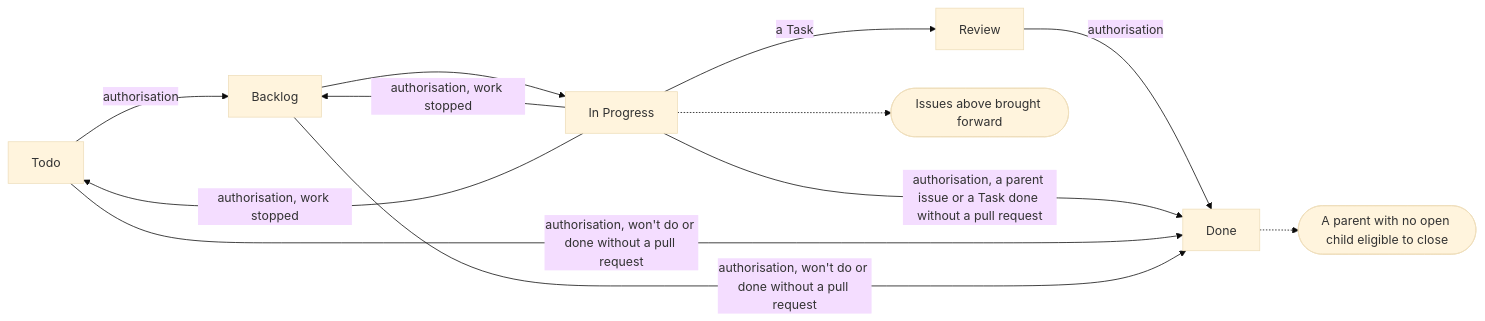
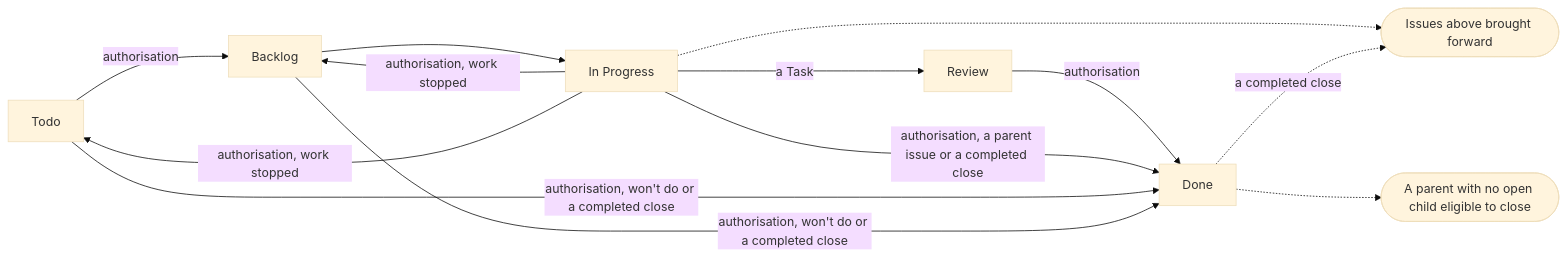
The second of 3 diagrams in tech-docs/analysis/project-management/domain-model/030-the-issue-lifecycle.md (aleskalfas/project-kit), drawn with Mermaid (base theme) before and after one commit. The commit also changed other lines of this file and 1 other file, not shown here.

Commit message:
docs(analysis): the issue lifecycle's view and UC-061 carry the completed close's cascade
The issue lifecycle's view names the new close "a completed close"
throughout, defines it where the authorisation is described, and says a
completed close brings each issue above up to In Progress, as a won't-do
close does not. UC-061's variant 1h runs the cascade as in step 5.

Claude-Session: https://claude.ai/code/session_01Hv5eJmkUrhSLsS8iGmUprd

````diff
--- a/tech-docs/analysis/project-management/domain-model/030-the-issue-lifecycle.md
+++ b/tech-docs/analysis/project-management/domain-model/030-the-issue-lifecycle.md
@@ -61,16 +61,17 @@
 ```mermaid
 flowchart LR
   accTitle: How an issue moves through its lifecycle
-  accDescr: An authorisation takes an issue from Todo to Backlog. It then moves to In Progress, and a Task to Review. An authorisation takes it back from In Progress to Backlog or Todo once its work stopped. An authorisation takes it to Done, and closing as won't do, or as a Task done without a pull request, also needs one. A forward move brings the issues above forward, and a parent with no open child becomes eligible to close.
+  accDescr: An authorisation takes an issue from Todo to Backlog. It then moves to In Progress, and a Task to Review. An authorisation takes it back from In Progress to Backlog or Todo once its work stopped. An authorisation takes it to Done, and a won't-do close or a completed close also needs one. A forward move, or a completed close, brings the issues above forward. A parent with no open child becomes eligible to close.
   todo[Todo] -->|authorisation| backlog[Backlog]
   backlog --> inprogress[In Progress]
   inprogress -->|authorisation, work stopped| backlog
   inprogress -->|authorisation, work stopped| todo
   inprogress -->|a Task| review[Review]
   review -->|authorisation| done[Done]
-  inprogress -->|authorisation, a parent issue or a Task done without a pull request| done
-  todo -->|authorisation, won't do or done without a pull request| done
-  backlog -->|authorisation, won't do or done without a pull request| done
+  inprogress -->|authorisation, a parent issue or a completed close| done
+  todo -->|authorisation, won't do or a completed close| done
+  backlog -->|authorisation, won't do or a completed close| done
   inprogress -.-> forward([Issues above brought forward])
+  done -.->|a completed close| forward
   done -.-> eligible([A parent with no open child eligible to close])
 ```
````
